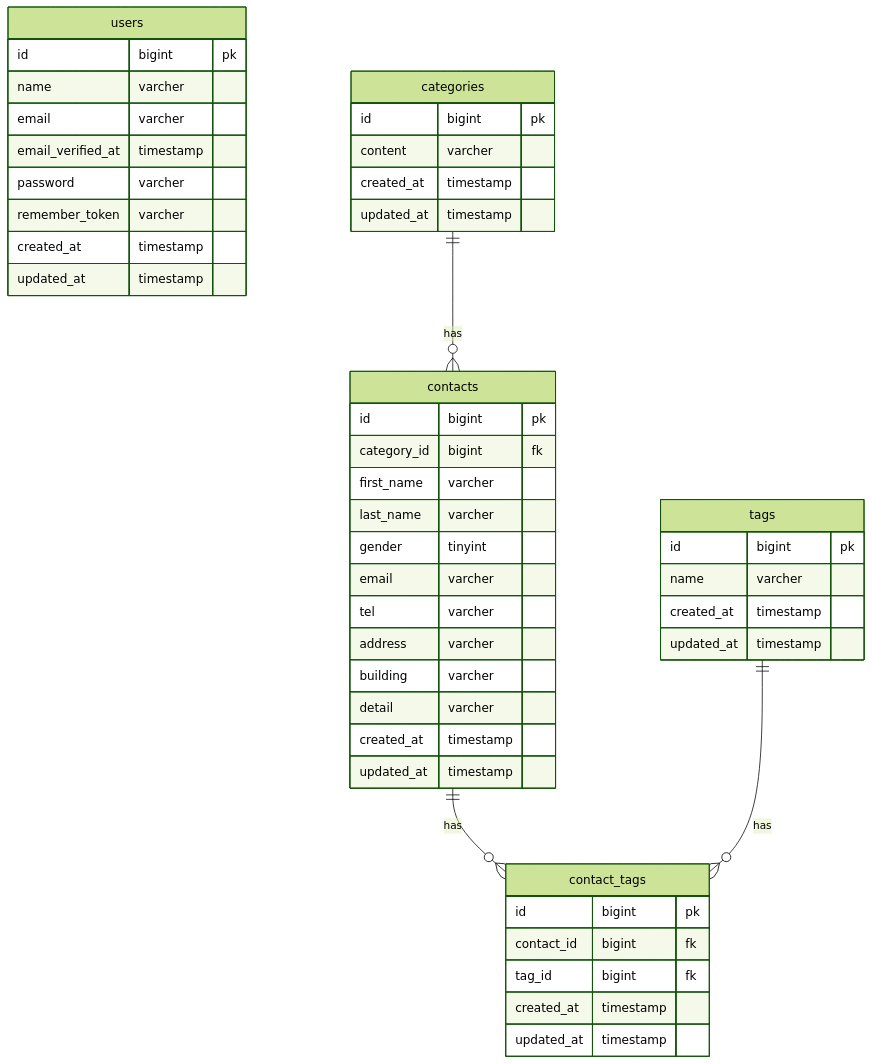
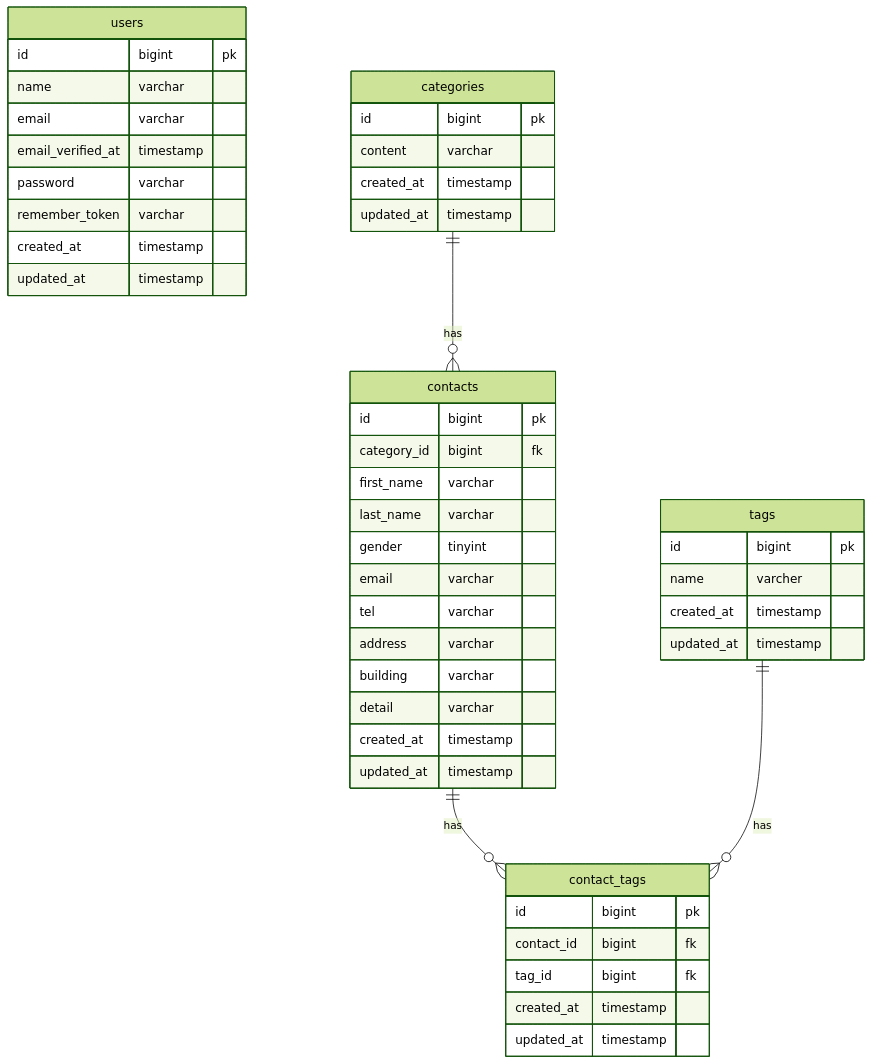
One commit to bossbossboss0425-ui/contact-form-app changed the diagram in README.md. Above: the diagram before and after it, drawn with Mermaid (forest theme). The commit also changed other lines of this file and 7 other files, not shown here.

````diff
--- a/README.md
+++ b/README.md
@@ -10,51 +10,51 @@
 ```mermaid
 erDiagram
     users{
         id bigint pk
-        name varcher
-        email varcher
+        name varchar
+        email varchar
         email_verified_at timestamp
-        password varcher
-        remember_token varcher
+        password varchar
+        remember_token varchar
         created_at timestamp
         updated_at timestamp
     }
     categories{
         id bigint pk
-        content varcher
+        content varchar
         created_at timestamp
         updated_at timestamp
     }
     contacts{
         id bigint pk
         category_id bigint fk
-        first_name varcher
-        last_name varcher
+        first_name varchar
+        last_name varchar
         gender tinyint
-        email varcher
-        tel varcher
-        address varcher
-        building varcher
-        detail varcher
+        email varchar
+        tel varchar
+        address varchar
+        building varchar
+        detail varchar
         created_at timestamp
         updated_at timestamp
     }
     tags{
         id bigint pk
         name varcher
         created_at timestamp
         updated_at timestamp
     }
     contact_tags{
         id bigint pk
         contact_id bigint fk
         tag_id bigint fk
         created_at timestamp
         updated_at timestamp
     }
 
     categories ||--o{contacts:has
     contacts ||--o{contact_tags:has
     tags ||--o{contact_tags:has
 
 ```
````
